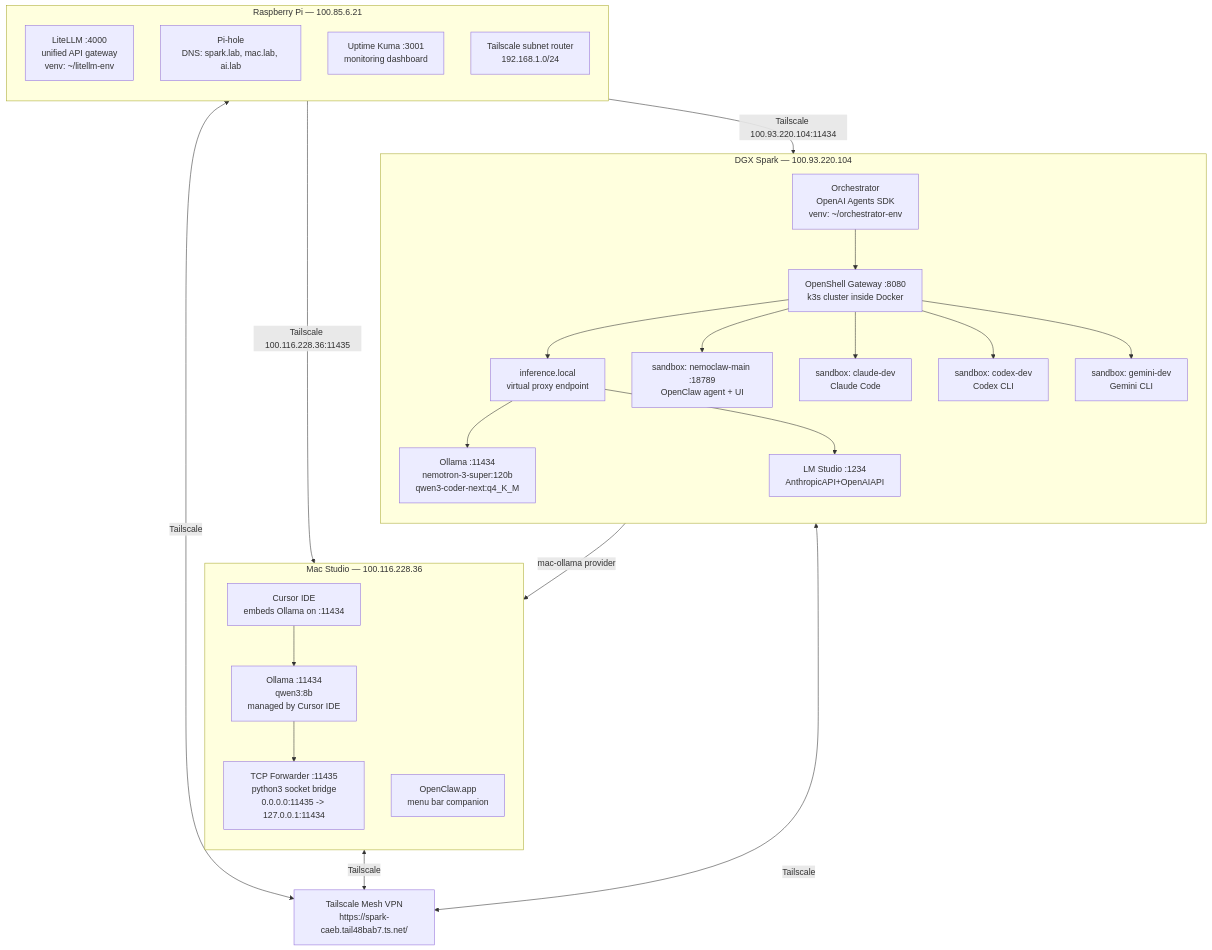
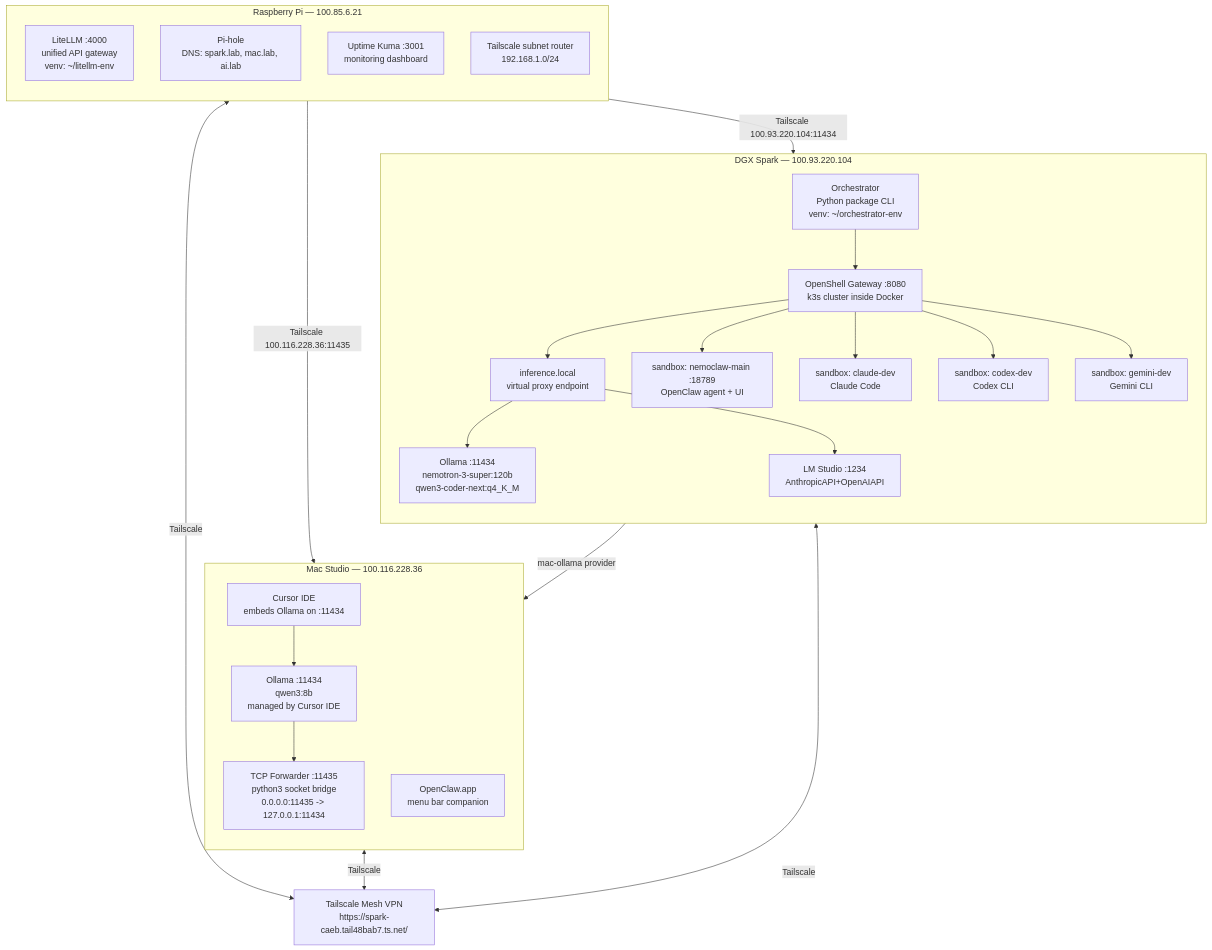
Before and after one commit to macayaven/nemoclaw: the first of 6 diagrams in docs/runbook.md, drawn with Mermaid. The commit also changed other lines of this file and 22 other files, not shown here.

````diff
--- a/docs/runbook.md
+++ b/docs/runbook.md
@@ -98,50 +98,50 @@
 ```mermaid
 graph TB
     subgraph Spark["DGX Spark — 100.93.220.104"]
         direction TB
         Ollama_S["Ollama :11434\nnemotron-3-super:120b\nqwen3-coder-next:q4_K_M"]
         LMS_S["LM Studio :1234\nAnthropicAPI+OpenAIAPI"]
         GW["OpenShell Gateway :8080\nk3s cluster inside Docker"]
         IL["inference.local\nvirtual proxy endpoint"]
         SB1["sandbox: nemoclaw-main :18789\nOpenClaw agent + UI"]
         SB2["sandbox: claude-dev\nClaude Code"]
         SB3["sandbox: codex-dev\nCodex CLI"]
         SB4["sandbox: gemini-dev\nGemini CLI"]
-        Orch["Orchestrator\nOpenAI Agents SDK\nvenv: ~/orchestrator-env"]
+        Orch["Orchestrator\nPython package CLI\nvenv: ~/orchestrator-env"]
         GW --> IL
         IL --> Ollama_S
         IL --> LMS_S
         GW --> SB1
         GW --> SB2
         GW --> SB3
         GW --> SB4
         Orch --> GW
     end
 
     subgraph Mac["Mac Studio — 100.116.228.36"]
         direction TB
         Ollama_M["Ollama :11434\nqwen3:8b\nmanaged by Cursor IDE"]
         Fwd["TCP Forwarder :11435\npython3 socket bridge\n0.0.0.0:11435 -> 127.0.0.1:11434"]
         App["OpenClaw.app\nmenu bar companion"]
         Cursor["Cursor IDE\nembeds Ollama on :11434"]
         Cursor --> Ollama_M
         Ollama_M --> Fwd
     end
 
     subgraph Pi["Raspberry Pi — 100.85.6.21"]
         direction TB
         LiteLLM["LiteLLM :4000\nunified API gateway\nvenv: ~/litellm-env"]
         Pihole["Pi-hole\nDNS: spark.lab, mac.lab, ai.lab"]
         Kuma["Uptime Kuma :3001\nmonitoring dashboard"]
         TS_Router["Tailscale subnet router\n192.168.1.0/24"]
     end
 
     TS["Tailscale Mesh VPN\nhttps://spark-caeb.tail48bab7.ts.net/"]
 
     Spark <-->|Tailscale| TS
     Mac <-->|Tailscale| TS
     Pi <-->|Tailscale| TS
     LiteLLM -->|"Tailscale 100.93.220.104:11434"| Ollama_S
     LiteLLM -->|"Tailscale 100.116.228.36:11435"| Fwd
     GW -->|"mac-ollama provider"| Fwd
 ```
````
